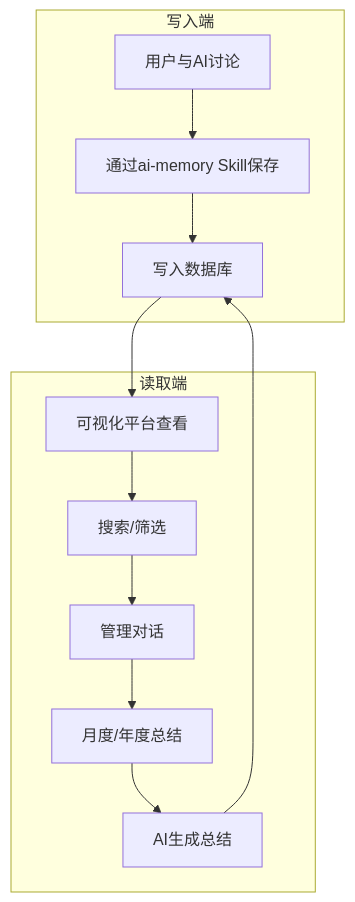
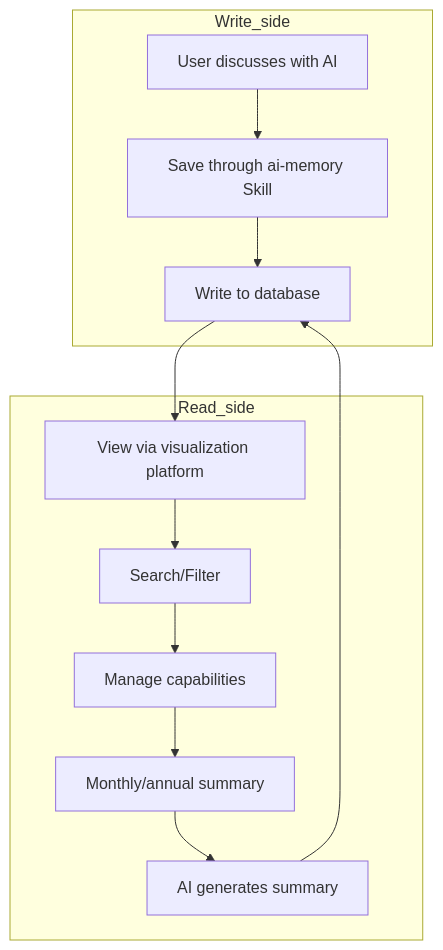
Before and after one commit to shadowabi/personal-capability-center: the diagram in README.md, drawn with Mermaid. The commit also changed other lines of this file and 34 other files, not shown here.

````diff
--- a/README.md
+++ b/README.md
@@ -184,16 +355,16 @@
 ```mermaid
 flowchart TD
-    subgraph 写入端
-        A[用户与AI讨论] --> B[通过ai-memory Skill保存]
-        B --> C[写入数据库]
+    subgraph Write_side
+        A[User discusses with AI] --> B[Save through ai-memory Skill]
+        B --> C[Write to database]
     end
-    
-    subgraph 读取端
-        C --> D[可视化平台查看]
-        D --> E[搜索/筛选]
-        E --> F[管理对话]
-        F --> G[月度/年度总结]
-        G --> H[AI生成总结]
+
+    subgraph Read_side
+        C --> D[View via visualization platform]
+        D --> E[Search/Filter]
+        E --> F[Manage capabilities]
+        F --> G[Monthly/annual summary]
+        G --> H[AI generates summary]
         H --> C
     end
 ```
````
